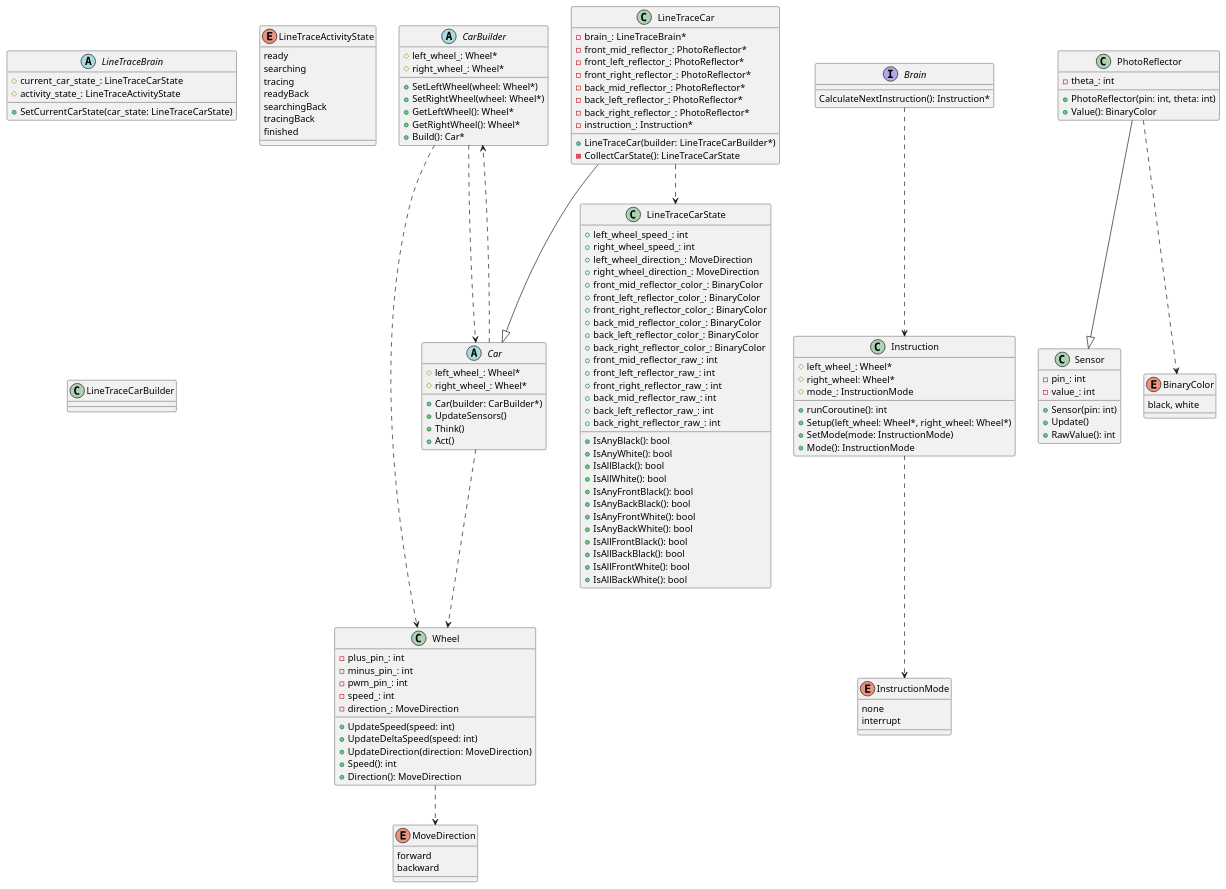
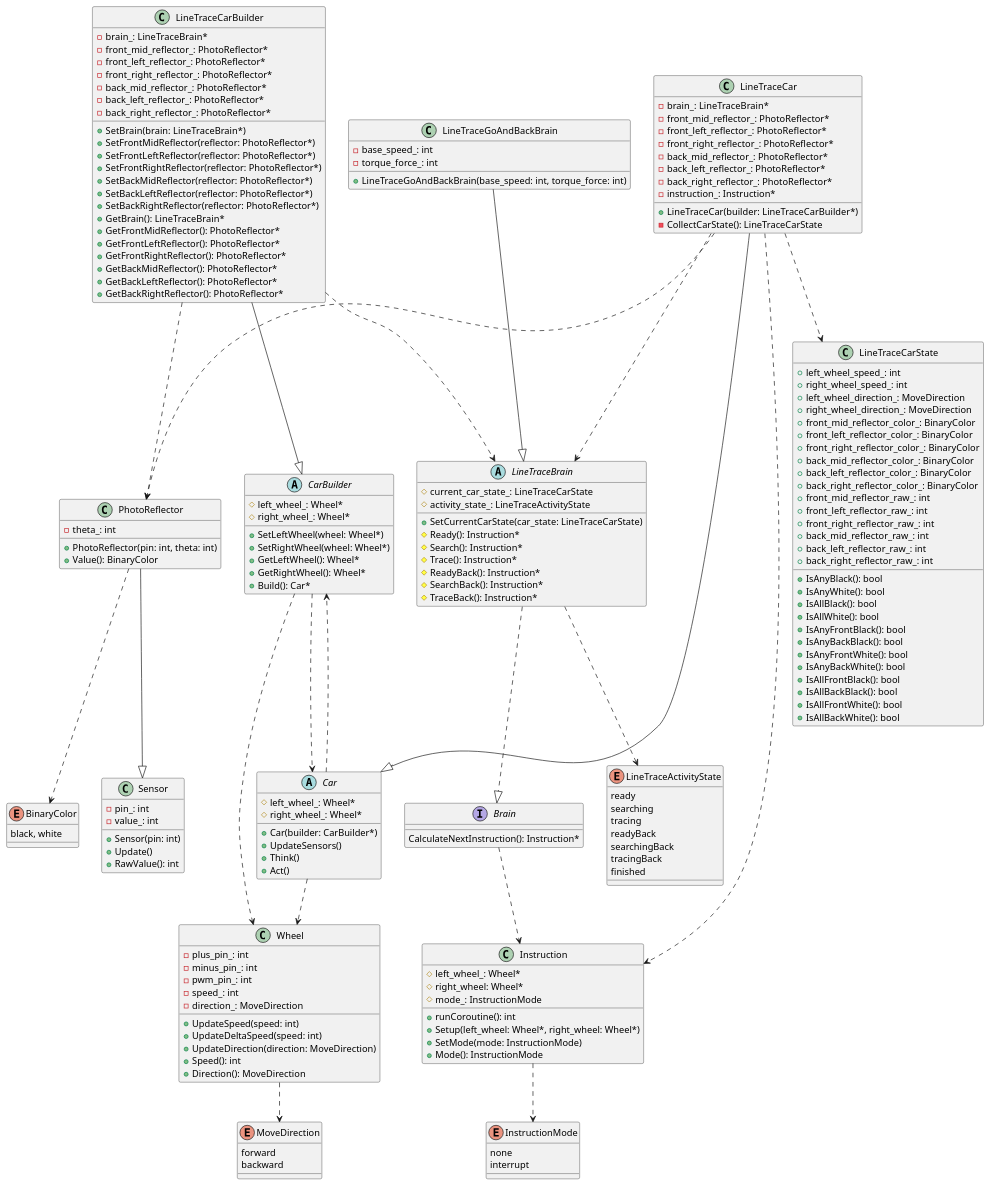
The diagram in uml/car_control.puml (kitakkun/ArduinoCar), drawn with PlantUML before and after one commit.

Commit message:
クラス図更新（だいたい実装と合わせた）

```diff
--- a/uml/car_control.puml
+++ b/uml/car_control.puml
@@ -72,6 +72,12 @@
 + SetCurrentCarState(car_state: LineTraceCarState)
 # current_car_state_: LineTraceCarState
 # activity_state_: LineTraceActivityState
+# Ready(): Instruction*
+# Search(): Instruction*
+# Trace(): Instruction*
+# ReadyBack(): Instruction*
+# SearchBack(): Instruction*
+# TraceBack(): Instruction*
 }
 
 enum LineTraceActivityState {
@@ -85,10 +91,46 @@
 }
 
 class LineTraceCarBuilder {
+- brain_: LineTraceBrain*
+- front_mid_reflector_: PhotoReflector*
+- front_left_reflector_: PhotoReflector*
+- front_right_reflector_: PhotoReflector*
+- back_mid_reflector_: PhotoReflector*
+- back_left_reflector_: PhotoReflector*
+- back_right_reflector_: PhotoReflector*
++ SetBrain(brain: LineTraceBrain*)
++ SetFrontMidReflector(reflector: PhotoReflector*)
++ SetFrontLeftReflector(reflector: PhotoReflector*)
++ SetFrontRightReflector(reflector: PhotoReflector*)
++ SetBackMidReflector(reflector: PhotoReflector*)
++ SetBackLeftReflector(reflector: PhotoReflector*)
++ SetBackRightReflector(reflector: PhotoReflector*)
++ GetBrain(): LineTraceBrain*
++ GetFrontMidReflector(): PhotoReflector*
++ GetFrontLeftReflector(): PhotoReflector*
++ GetFrontRightReflector(): PhotoReflector*
++ GetBackMidReflector(): PhotoReflector*
++ GetBackLeftReflector(): PhotoReflector*
++ GetBackRightReflector(): PhotoReflector*
 }
 
+class LineTraceGoAndBackBrain {
++ LineTraceGoAndBackBrain(base_speed: int, torque_force: int)
+- base_speed_: int
+- torque_force_: int
+}
+
+LineTraceGoAndBackBrain --|> LineTraceBrain
 LineTraceCar --|> Car
 LineTraceCar ..> LineTraceCarState
+LineTraceCar ..> LineTraceBrain
+LineTraceCar ..> PhotoReflector
+LineTraceCar ..> Instruction
+LineTraceBrain ..|> Brain
+LineTraceBrain ..> LineTraceActivityState
+LineTraceCarBuilder ..> PhotoReflector
+LineTraceCarBuilder ..> LineTraceBrain
+LineTraceCarBuilder --|> CarBuilder
 
 Car ..> Wheel
 
```
